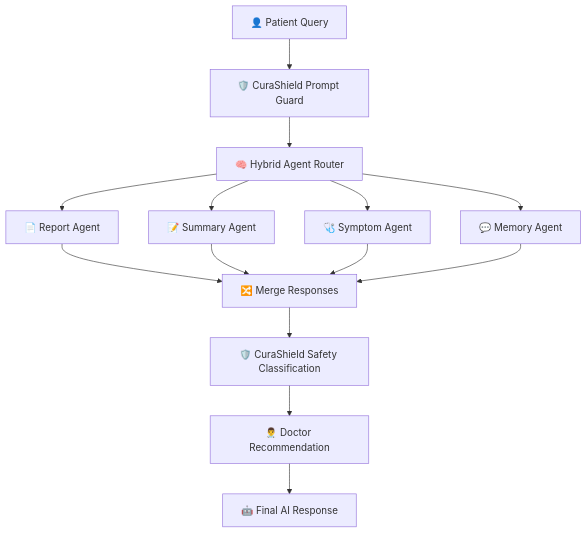
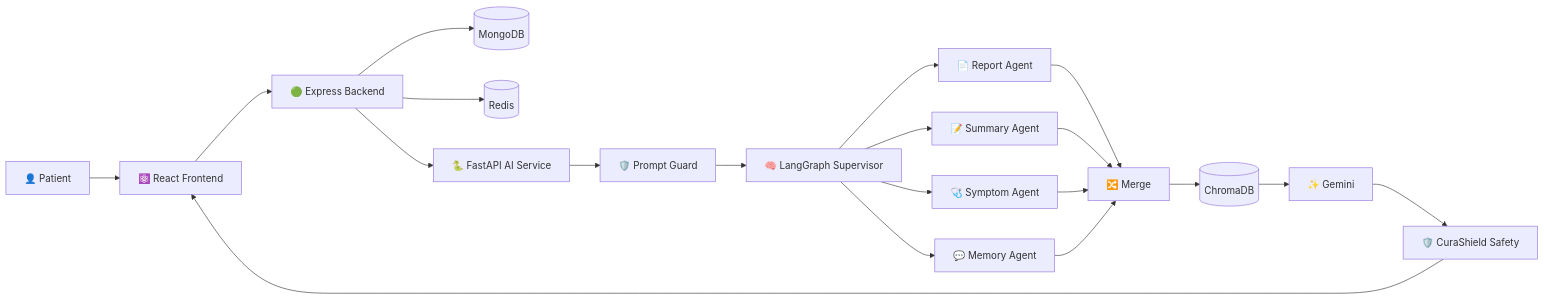
The first of 3 diagrams in README.md (tyagi1tushar/curadesk-hospital-management-system), drawn with Mermaid before and after one commit. The commit also changed other lines of this file, not shown here.

Commit message:
done architecture diagram

````diff
--- a/README.md
+++ b/README.md
@@ -147,25 +389,36 @@
 ```mermaid
-flowchart TD
+flowchart LR
 
-    A[👤 Patient Query]
+    U[👤 Patient]
 
-    A --> B[🛡️ CuraShield Prompt Guard]
+    U --> F[⚛️ React Frontend]
 
-    B --> C[🧠 Hybrid Agent Router]
+    F --> B[🟢 Express Backend]
 
-    C --> D[📄 Report Agent]
-    C --> E[📝 Summary Agent]
-    C --> F[🩺 Symptom Agent]
-    C --> G[💬 Memory Agent]
+    B --> M[(MongoDB)]
+    B --> R[(Redis)]
 
-    D --> H[🔀 Merge Responses]
-    E --> H
-    F --> H
-    G --> H
+    B --> AI[🐍 FastAPI AI Service]
 
-    H --> I[🛡️ CuraShield Safety Classification]
+    AI --> PG[🛡️ Prompt Guard]
 
-    I --> J[👨‍⚕️ Doctor Recommendation]
+    PG --> LG[🧠 LangGraph Supervisor]
 
-    J --> K[🤖 Final AI Response]
+    LG --> RA[📄 Report Agent]
+    LG --> SA[📝 Summary Agent]
+    LG --> SY[🩺 Symptom Agent]
+    LG --> MA[💬 Memory Agent]
+
+    RA --> MERGE[🔀 Merge]
+    SA --> MERGE
+    SY --> MERGE
+    MA --> MERGE
+
+    MERGE --> CH[(ChromaDB)]
+
+    CH --> GEM[✨ Gemini]
+
+    GEM --> CS[🛡️ CuraShield Safety]
+
+    CS --> F
 ```
````
